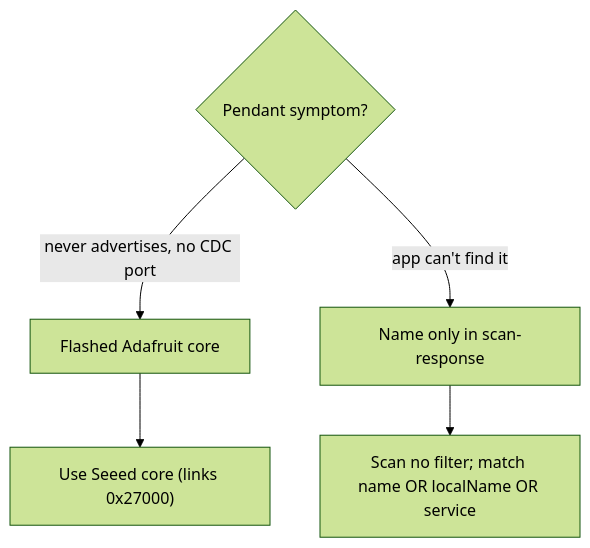
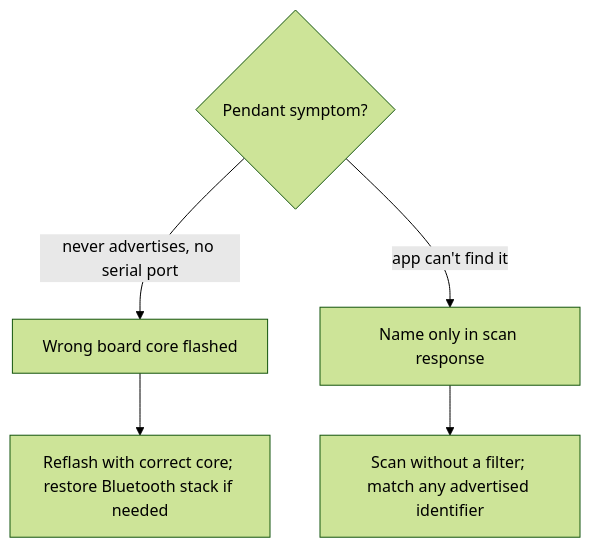
The second of 3 diagrams in docs-site/docs/operations/troubleshooting.md (Longcao24/sate-companion), drawn with Mermaid (forest theme) before and after one commit. The commit also changed other lines of this file and 17 other files, not shown here.

First line of the commit message:
docs-site: generalize published docs + add system-overview diagram

````diff
--- a/docs-site/docs/operations/troubleshooting.md
+++ b/docs-site/docs/operations/troubleshooting.md
@@ -43,8 +51,8 @@
 ```mermaid
 flowchart TD
   P{"Pendant symptom?"}
-  P -->|"never advertises, no CDC port"| A["Flashed Adafruit core"]
-  A --> AF["Use Seeed core (links 0x27000)"]
-  P -->|"app can't find it"| B["Name only in scan-response"]
-  B --> BF["Scan no filter; match name OR localName OR service"]
+  P -->|"never advertises, no serial port"| A["Wrong board core flashed"]
+  A --> AF["Reflash with correct core; restore Bluetooth stack if needed"]
+  P -->|"app can't find it"| B["Name only in scan response"]
+  B --> BF["Scan without a filter; match any advertised identifier"]
 ```
````
